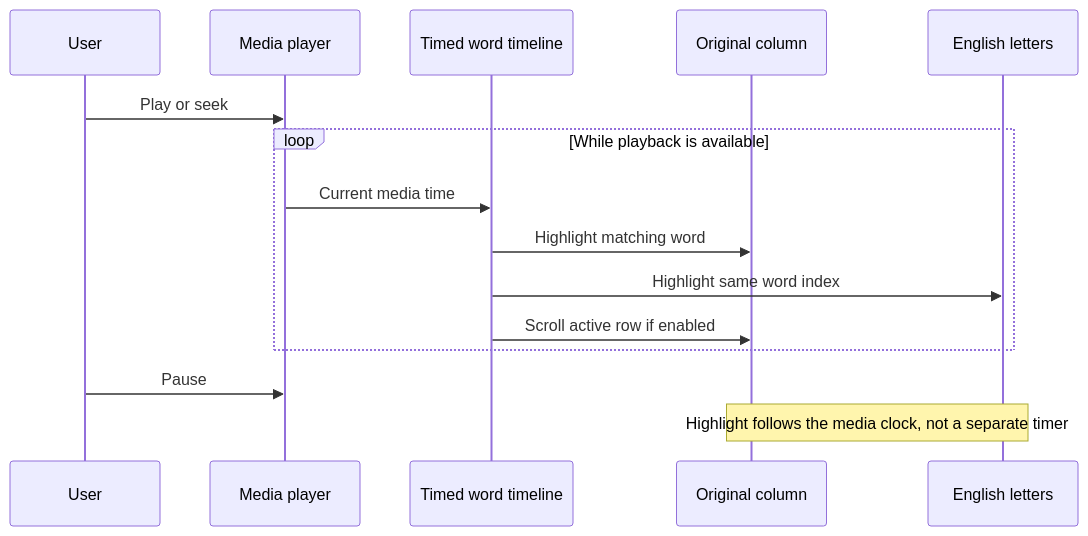
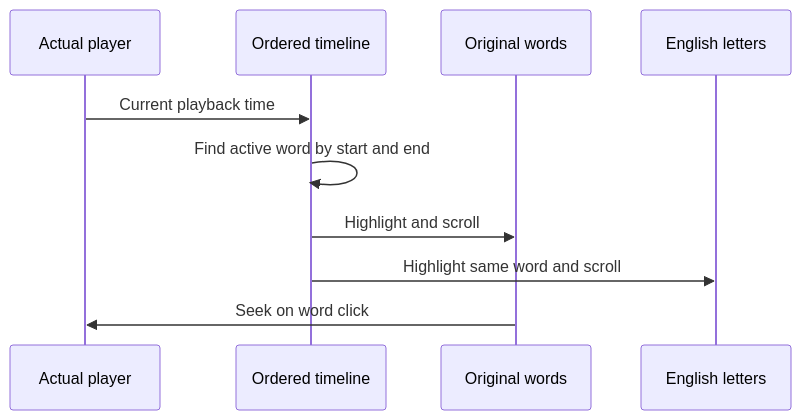
The third of 5 diagrams in README.md (abhishek6966/Youtube-Transcribe-Downloader), drawn with Mermaid before and after one commit. The commit also changed other lines of this file and 32 other files, not shown here.

````diff
--- a/README.md
+++ b/README.md
@@ -230,17 +98,12 @@
 ```mermaid
 sequenceDiagram
-    participant U as User
-    participant P as Media player
-    participant T as Timed word timeline
-    participant O as Original column
+    participant P as Actual player
+    participant T as Ordered timeline
+    participant O as Original words
     participant R as English letters
-    U->>P: Play or seek
-    loop While playback is available
-        P->>T: Current media time
-        T->>O: Highlight matching word
-        T->>R: Highlight same word index
-        T->>O: Scroll active row if enabled
-    end
-    U->>P: Pause
-    Note over O,R: Highlight follows the media clock, not a separate timer
+    P->>T: Current playback time
+    T->>T: Find active word by start and end
+    T->>O: Highlight and scroll
+    T->>R: Highlight same word and scroll
+    O->>P: Seek on word click
 ```
````
